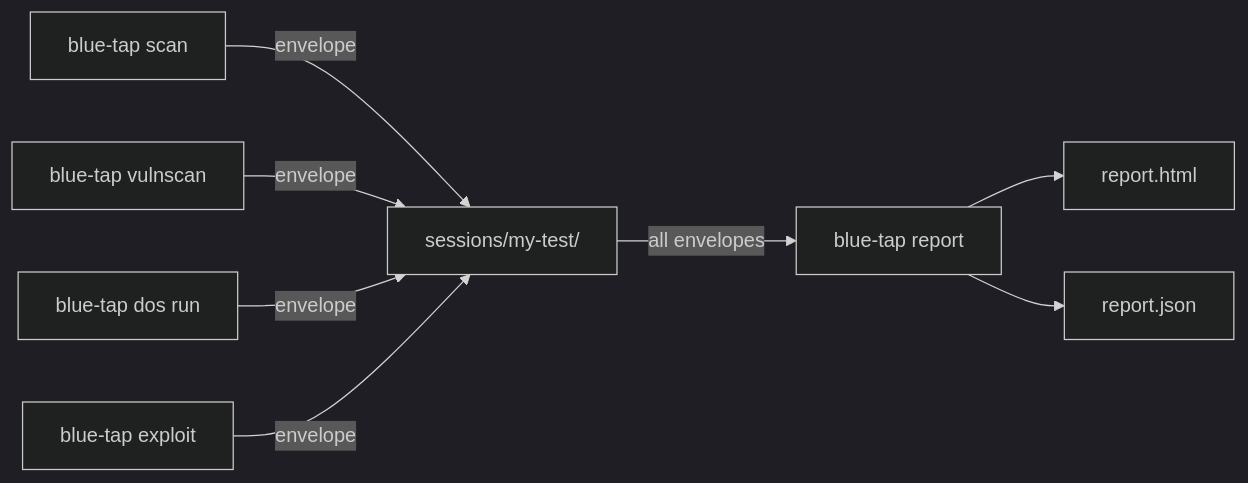
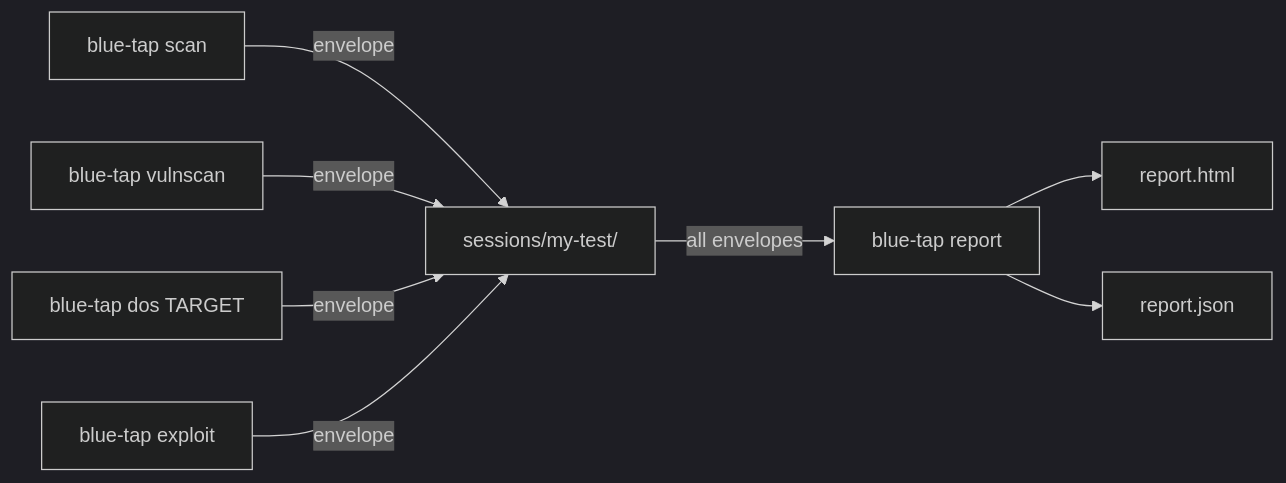
The fourth of 4 diagrams in docs/developer/architecture.md (Indspl0it/blue-tap), drawn with Mermaid (dark theme) before and after one commit. The commit also changed other lines of this file and 11 other files, not shown here.

````diff
--- a/docs/developer/architecture.md
+++ b/docs/developer/architecture.md
@@ -358,10 +358,10 @@
 ```mermaid
 graph LR
     A[blue-tap scan] -->|envelope| S[sessions/my-test/]
     B[blue-tap vulnscan] -->|envelope| S
-    C[blue-tap dos run] -->|envelope| S
+    C[blue-tap dos TARGET] -->|envelope| S
     D[blue-tap exploit] -->|envelope| S
     S -->|all envelopes| R[blue-tap report]
     R --> HTML[report.html]
     R --> JSON[report.json]
 ```
````
